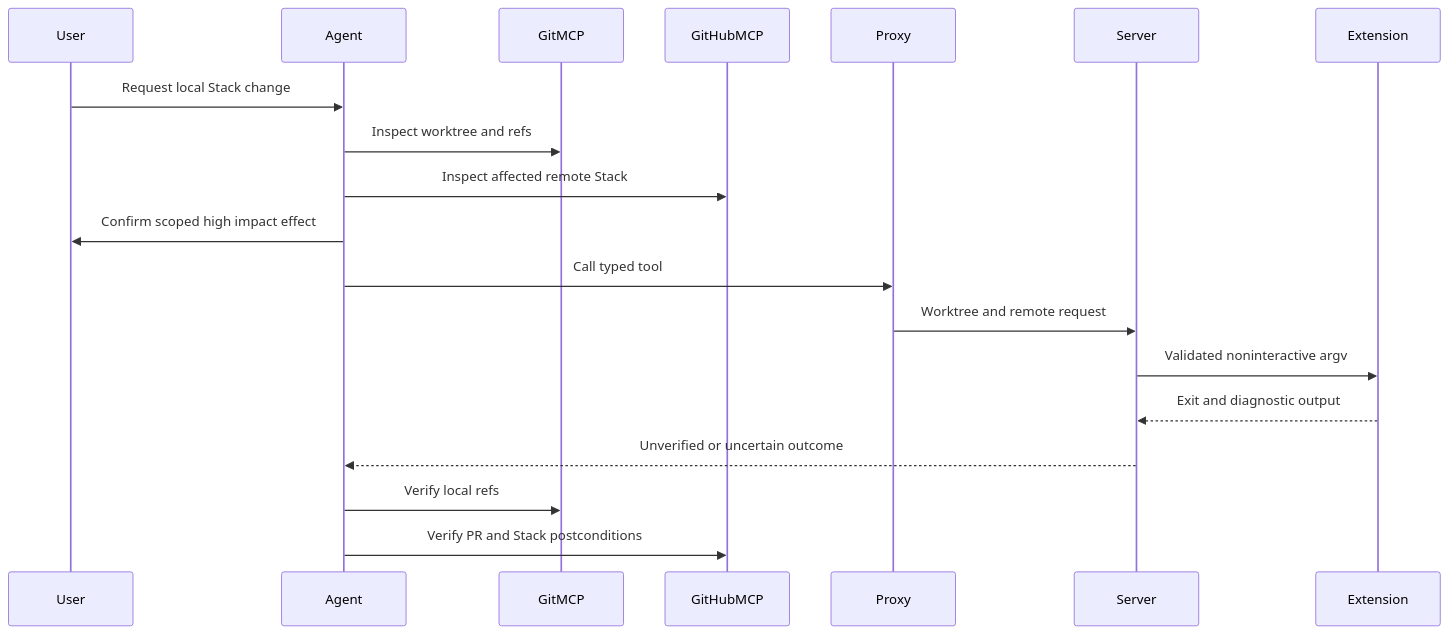
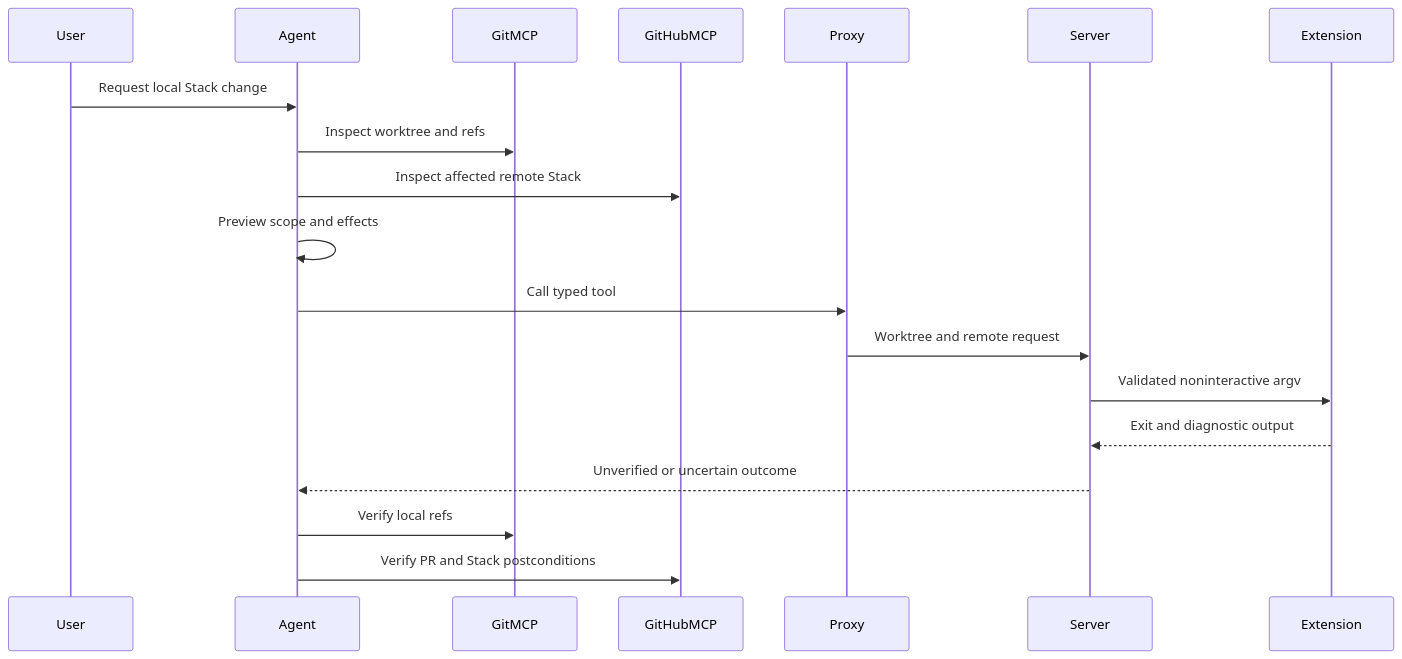
One commit to DWSR/nix-config changed the second of 2 diagrams in .kiro/specs/gh-stack-mcp/design.md. Above: the diagram before and after it, drawn with Mermaid. The commit also changed other lines of this file and 17 other files, not shown here.

````diff
--- a/.kiro/specs/gh-stack-mcp/design.md
+++ b/.kiro/specs/gh-stack-mcp/design.md
@@ -173,21 +173,21 @@
 ```mermaid
 sequenceDiagram
   participant User
   participant Agent
   participant GitMCP
   participant GitHubMCP
   participant Proxy
   participant Server
   participant Extension
   User->>Agent: Request local Stack change
   Agent->>GitMCP: Inspect worktree and refs
   Agent->>GitHubMCP: Inspect affected remote Stack
-  Agent->>User: Confirm scoped high impact effect
+  Agent->>Agent: Preview scope and effects
   Agent->>Proxy: Call typed tool
   Proxy->>Server: Worktree and remote request
   Server->>Extension: Validated noninteractive argv
   Extension-->>Server: Exit and diagnostic output
   Server-->>Agent: Unverified or uncertain outcome
   Agent->>GitMCP: Verify local refs
   Agent->>GitHubMCP: Verify PR and Stack postconditions
 ```
````
